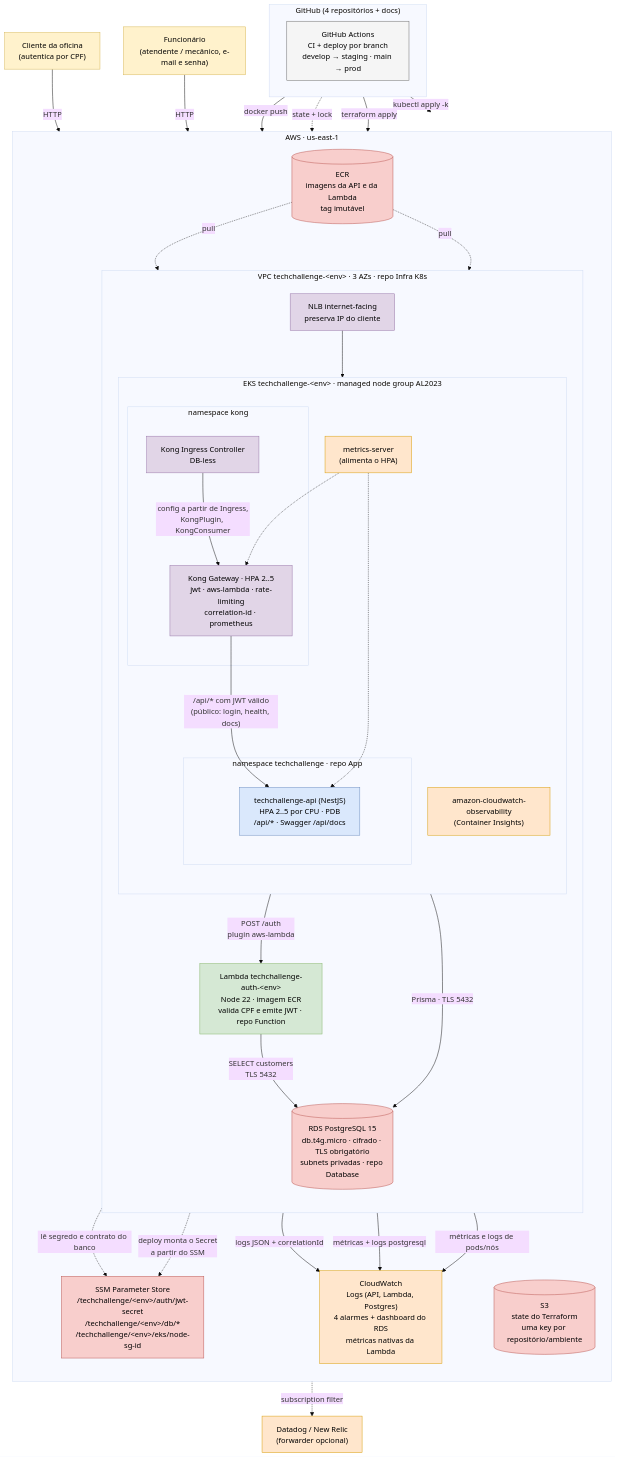
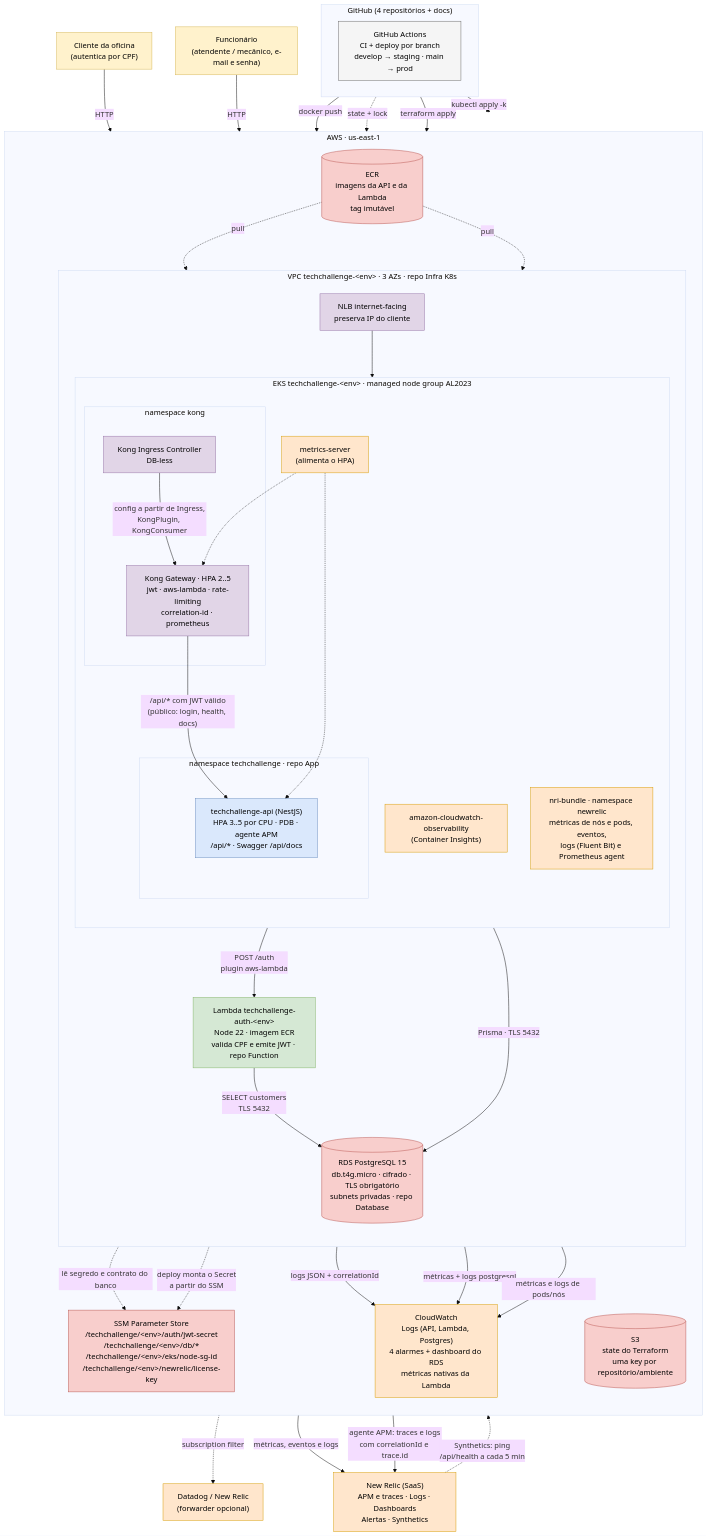
One commit to Jean-Carlo-Torres/tech-challenge-docs changed the diagram in docs/arquitetura/diagrama-de-componentes.md. Above: the diagram before and after it, drawn with Mermaid (base theme). The commit also changed other lines of this file and 1 other file, not shown here.

Commit message:
docs(arquitetura): inclui o New Relic no diagrama de componentes

````diff
--- a/docs/arquitetura/diagrama-de-componentes.md
+++ b/docs/arquitetura/diagrama-de-componentes.md
@@ -9,76 +9,81 @@
 ```mermaid
 flowchart TB
     classDef user fill:#fff2cc,stroke:#d6b656,color:#000
     classDef gw fill:#e1d5e7,stroke:#9673a6,color:#000
     classDef app fill:#dae8fc,stroke:#6c8ebf,color:#000
     classDef fn fill:#d5e8d4,stroke:#82b366,color:#000
     classDef data fill:#f8cecc,stroke:#b85450,color:#000
     classDef mon fill:#ffe6cc,stroke:#d79b00,color:#000
     classDef ci fill:#f5f5f5,stroke:#666,color:#000
 
     CLI["Cliente da oficina<br/>(autentica por CPF)"]:::user
     STAFF["Funcionário<br/>(atendente / mecânico, e-mail e senha)"]:::user
 
     subgraph GH["GitHub (4 repositórios + docs)"]
         direction LR
         GHA["GitHub Actions<br/>CI + deploy por branch<br/>develop → staging · main → prod"]:::ci
     end
 
     subgraph AWS["AWS · us-east-1"]
         direction TB
 
         S3[("S3<br/>state do Terraform<br/>uma key por repositório/ambiente")]:::data
         ECR[("ECR<br/>imagens da API e da Lambda<br/>tag imutável")]:::data
 
         subgraph VPC["VPC techchallenge-&lt;env&gt; · 3 AZs · repo Infra K8s"]
             direction TB
             NLB["NLB internet-facing<br/>preserva IP do cliente"]:::gw
 
             subgraph EKS["EKS techchallenge-&lt;env&gt; · managed node group AL2023"]
                 direction TB
                 subgraph NSKONG["namespace kong"]
                     KIC["Kong Ingress Controller<br/>DB-less"]:::gw
                     KONG["Kong Gateway · HPA 2..5<br/>jwt · aws-lambda · rate-limiting<br/>correlation-id · prometheus"]:::gw
                 end
                 subgraph NSAPP["namespace techchallenge · repo App"]
-                    API["techchallenge-api (NestJS)<br/>HPA 2..5 por CPU · PDB<br/>/api/* · Swagger /api/docs"]:::app
+                    API["techchallenge-api (NestJS)<br/>HPA 3..5 por CPU · PDB · agente APM<br/>/api/* · Swagger /api/docs"]:::app
                 end
                 MS["metrics-server<br/>(alimenta o HPA)"]:::mon
                 CWA["amazon-cloudwatch-observability<br/>(Container Insights)"]:::mon
+                NRI["nri-bundle · namespace newrelic<br/>métricas de nós e pods, eventos,<br/>logs (Fluent Bit) e Prometheus agent"]:::mon
             end
 
             LAMBDA["Lambda techchallenge-auth-&lt;env&gt;<br/>Node 22 · imagem ECR<br/>valida CPF e emite JWT · repo Function"]:::fn
             RDS[("RDS PostgreSQL 15<br/>db.t4g.micro · cifrado · TLS obrigatório<br/>subnets privadas · repo Database")]:::data
         end
 
-        SSM["SSM Parameter Store<br/>/techchallenge/&lt;env&gt;/auth/jwt-secret<br/>/techchallenge/&lt;env&gt;/db/*<br/>/techchallenge/&lt;env&gt;/eks/node-sg-id"]:::data
+        SSM["SSM Parameter Store<br/>/techchallenge/&lt;env&gt;/auth/jwt-secret<br/>/techchallenge/&lt;env&gt;/db/*<br/>/techchallenge/&lt;env&gt;/eks/node-sg-id<br/>/techchallenge/&lt;env&gt;/newrelic/license-key"]:::data
         CW["CloudWatch<br/>Logs (API, Lambda, Postgres)<br/>4 alarmes + dashboard do RDS<br/>métricas nativas da Lambda"]:::mon
     end
 
+    NR["New Relic (SaaS)<br/>APM e traces · Logs · Dashboards<br/>Alertas · Synthetics"]:::mon
     EXT["Datadog / New Relic<br/>(forwarder opcional)"]:::mon
 
     CLI -->|"HTTP"| NLB
     STAFF -->|"HTTP"| NLB
     NLB --> KONG
     KIC -->|"config a partir de Ingress,<br/>KongPlugin, KongConsumer"| KONG
     KONG -->|"POST /auth<br/>plugin aws-lambda"| LAMBDA
     KONG -->|"/api/* com JWT válido<br/>(público: login, health, docs)"| API
     LAMBDA -->|"SELECT customers<br/>TLS 5432"| RDS
     API -->|"Prisma · TLS 5432"| RDS
     LAMBDA -.->|"lê segredo e contrato do banco"| SSM
     API -.->|"deploy monta o Secret<br/>a partir do SSM"| SSM
 
     GHA -->|"docker push"| ECR
     GHA -->|"terraform apply"| AWS
     GHA -->|"kubectl apply -k"| EKS
     GHA -.->|"state + lock"| S3
     ECR -.->|"pull"| API
     ECR -.->|"pull"| LAMBDA
 
     MS -.-> API
     MS -.-> KONG
     CWA -->|"métricas e logs de pods/nós"| CW
     LAMBDA -->|"logs JSON + correlationId"| CW
     RDS -->|"métricas + logs postgresql"| CW
     CW -.->|"subscription filter"| EXT
+    NRI -->|"métricas, eventos e logs"| NR
+    API -->|"agente APM: traces e logs<br/>com correlationId e trace.id"| NR
+    NR -.->|"Synthetics: ping<br/>/api/health a cada 5 min"| NLB
 ```
````
